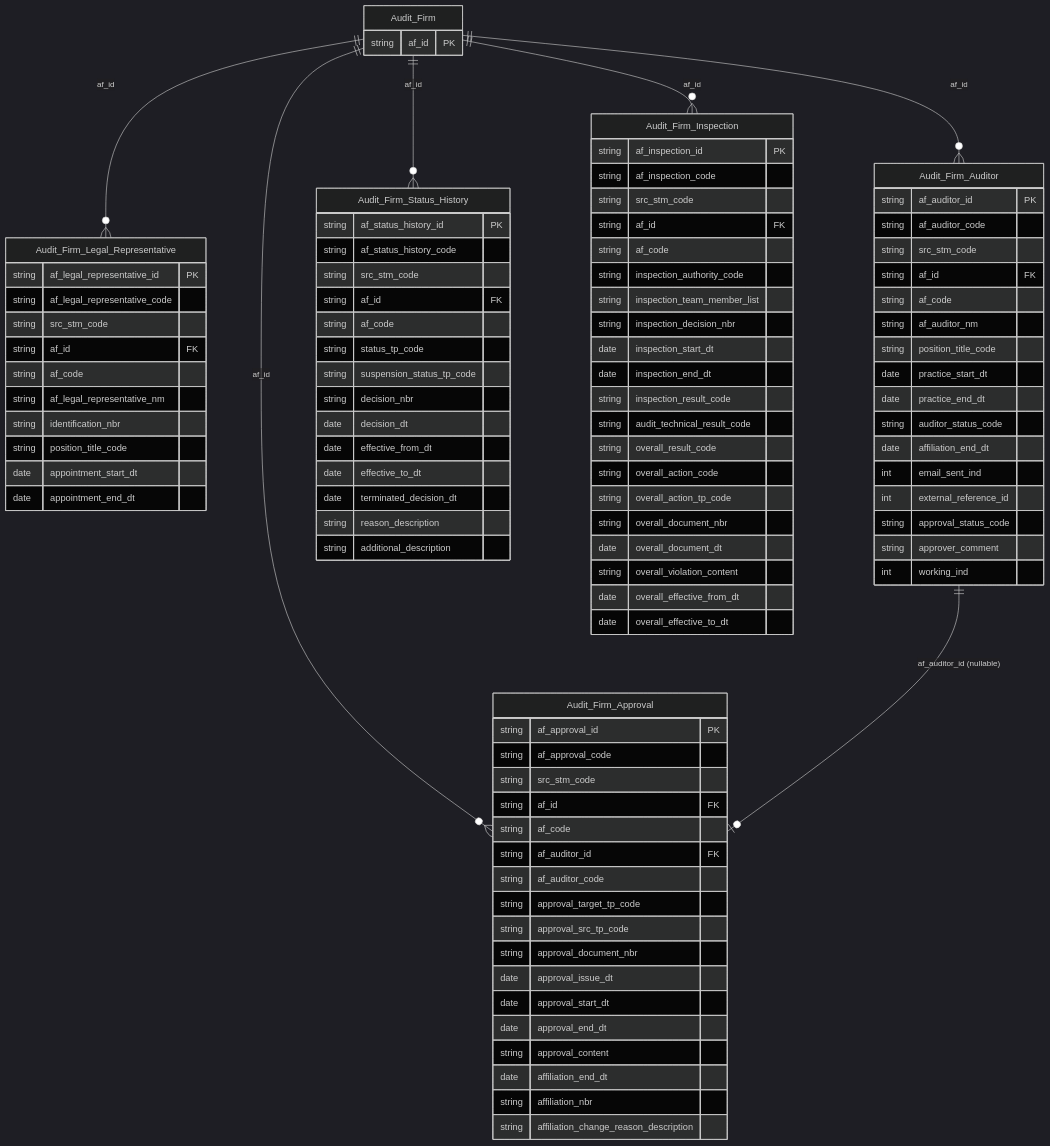
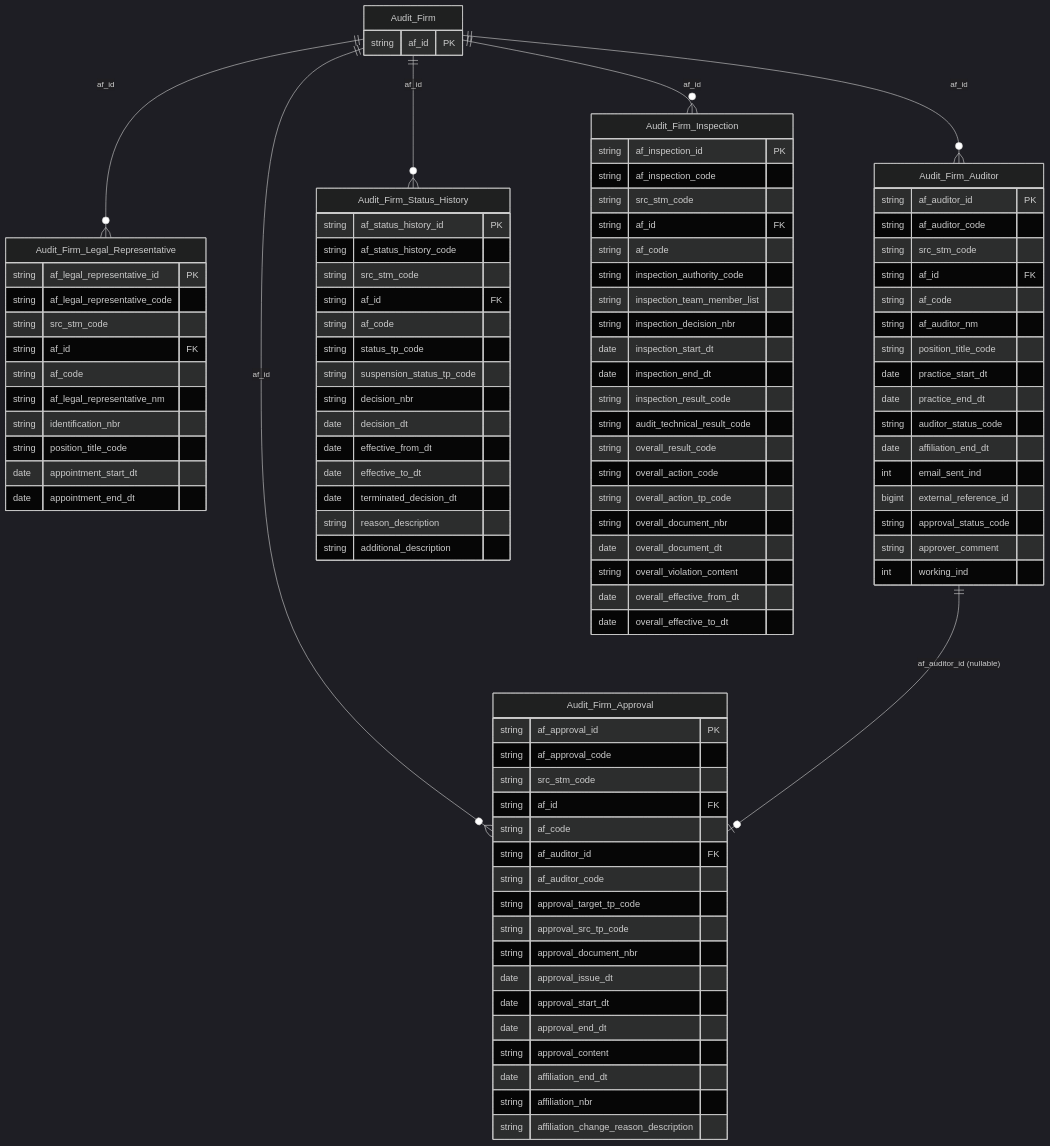
One commit to linhlvit/ubck_atomic_design changed the second of 2 diagrams in DataModel/working/Atomic/hld/AUDIT_HLD_Tier2.md. Above: the diagram before and after it, drawn with Mermaid (dark theme). The commit also changed 38 other files, not shown here.

```diff
--- a/DataModel/working/Atomic/hld/AUDIT_HLD_Tier2.md
+++ b/DataModel/working/Atomic/hld/AUDIT_HLD_Tier2.md
@@ -171,7 +171,7 @@
         string auditor_status_code
         date affiliation_end_dt
         int email_sent_ind
-        int external_reference_id
+        bigint external_reference_id
         string approval_status_code
         string approver_comment
         int working_ind
```
